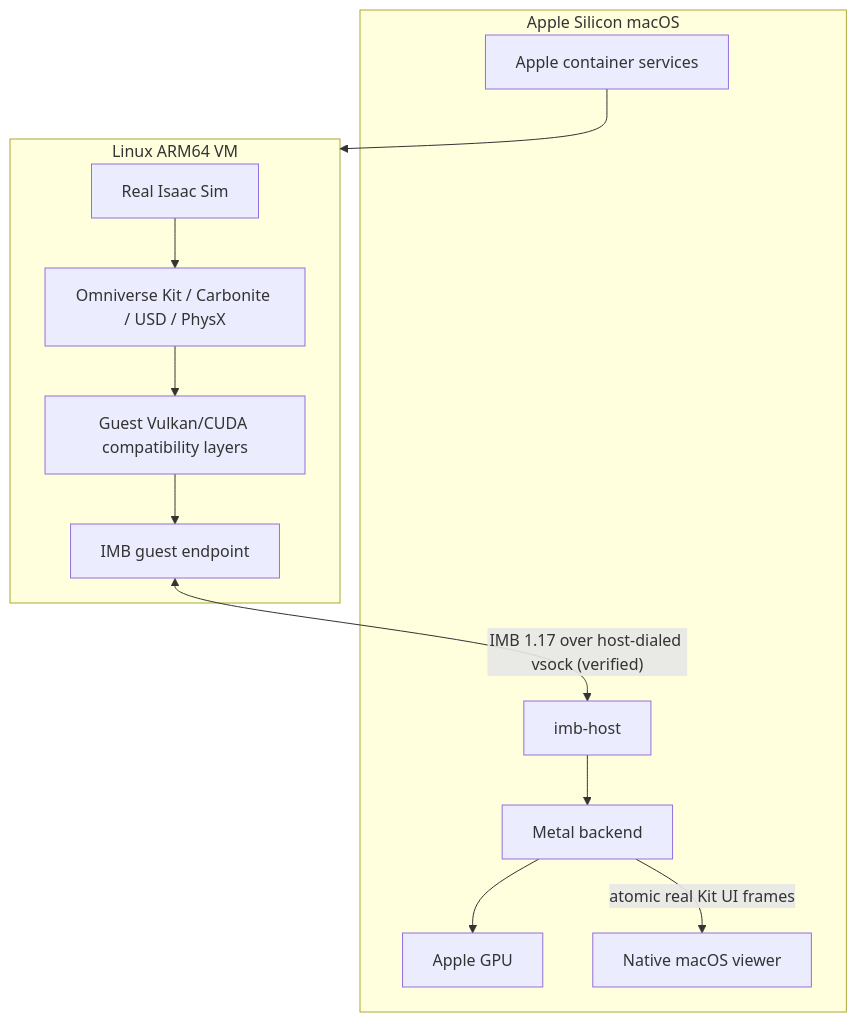
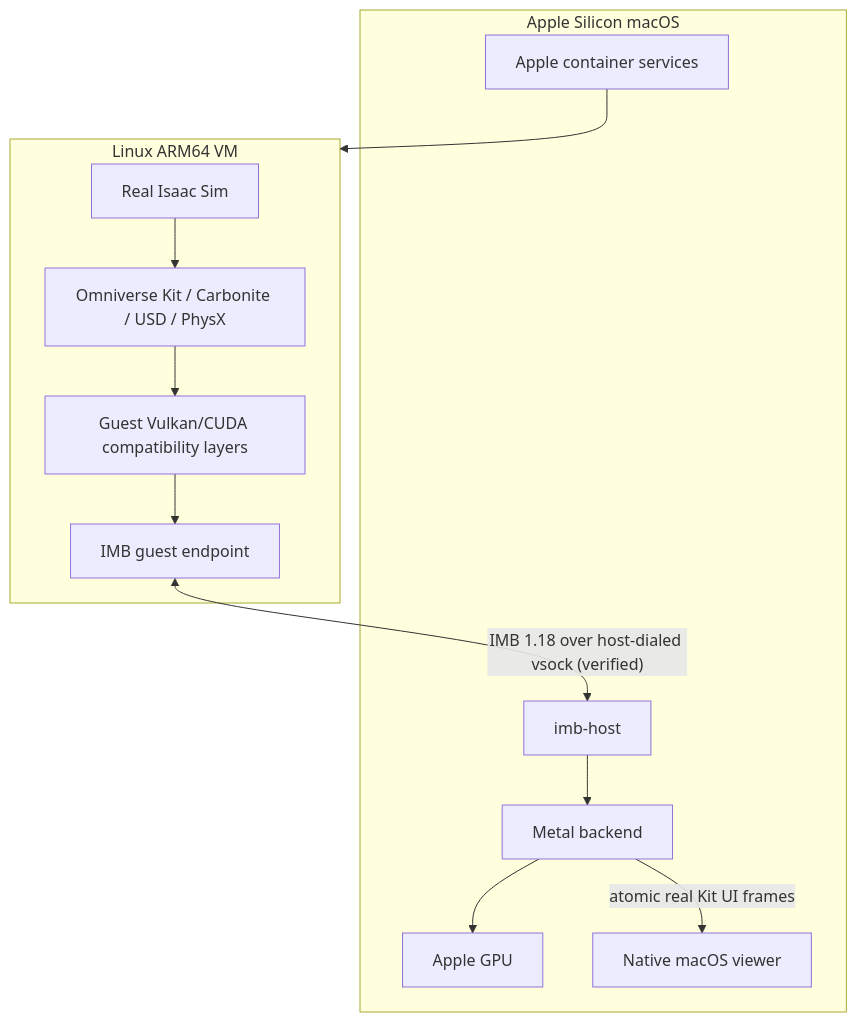
Before and after one commit to syun88/IsaacMetalBridge: the first of 8 diagrams in docs/architecture.md, drawn with Mermaid. The commit also changed other lines of this file and 18 other files, not shown here.

````diff
--- a/docs/architecture.md
+++ b/docs/architecture.md
@@ -10,21 +10,21 @@
 ```mermaid
 flowchart TB
   subgraph macOS["Apple Silicon macOS"]
     AC["Apple container services"]
     HB["imb-host"]
     MB["Metal backend"]
     GPU["Apple GPU"]
     VW["Native macOS viewer"]
   end
   subgraph VM["Linux ARM64 VM"]
     IS["Real Isaac Sim"]
     KIT["Omniverse Kit / Carbonite / USD / PhysX"]
     GC["Guest Vulkan/CUDA compatibility layers"]
     GP["IMB guest endpoint"]
   end
   IS --> KIT --> GC --> GP
   AC --> VM
-  GP <-->|"IMB 1.17 over host-dialed vsock (verified)"| HB
+  GP <-->|"IMB 1.18 over host-dialed vsock (verified)"| HB
   HB --> MB --> GPU
   MB -->|"atomic real Kit UI frames"| VW
 ```
````
